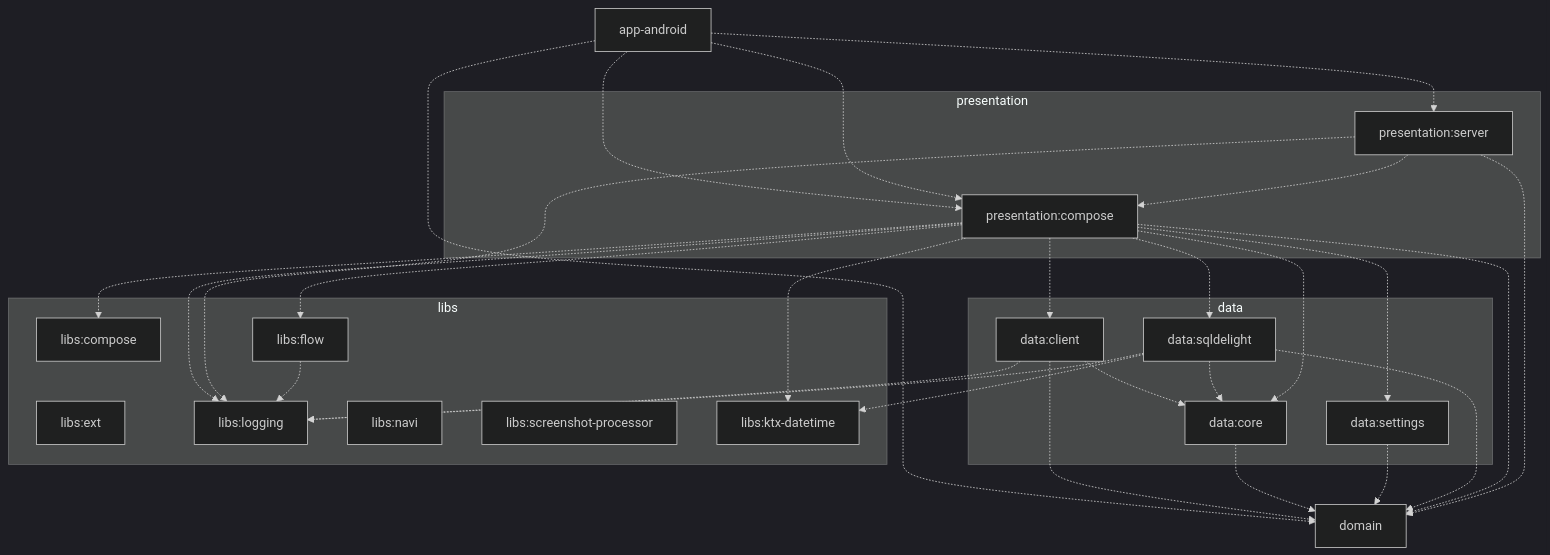
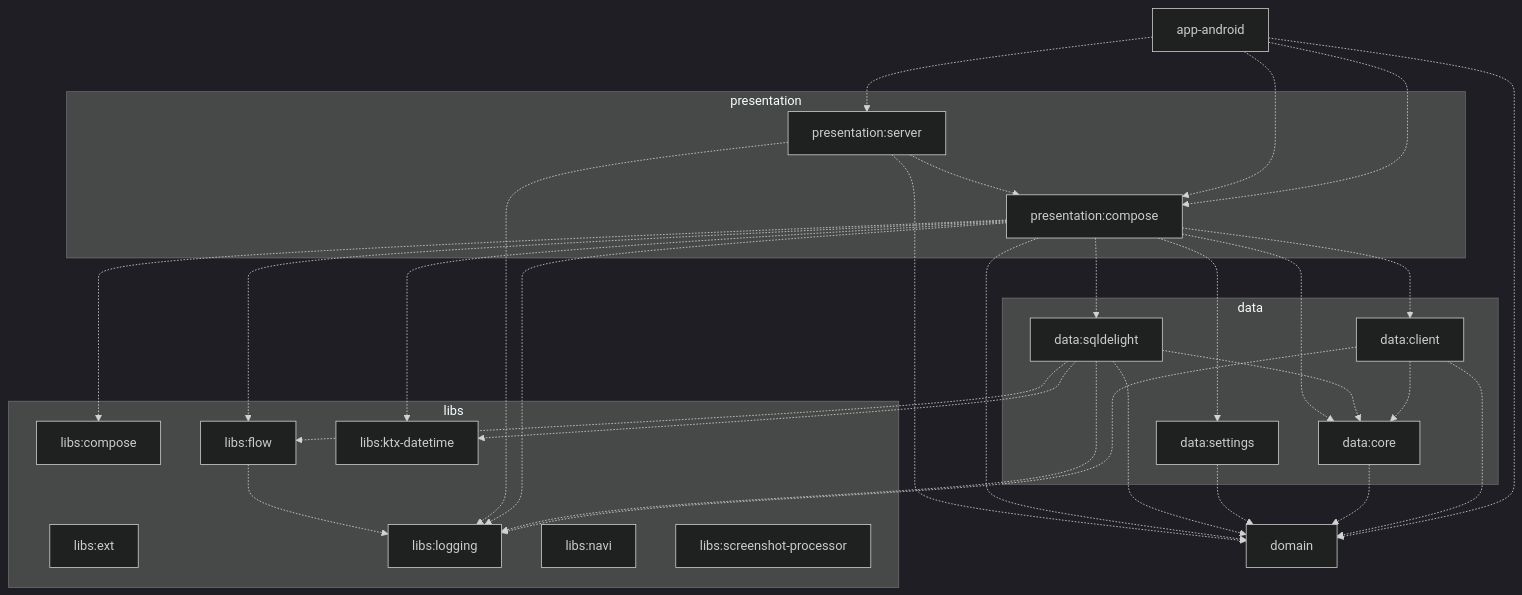
The first of 2 diagrams in README.md (eholtrop/lift-bro), drawn with Mermaid (dark theme) before and after one commit. The commit also changed other lines of this file and 4 other files, not shown here.

Commit message:
fix generate arch diagram

````diff
--- a/README.md
+++ b/README.md
@@ -11,50 +12,50 @@
 ```mermaid
 graph TD
   subgraph data
     data:client
     data:core
     data:settings
     data:sqldelight
   end
   subgraph libs
     libs:ext
     libs:logging
     libs:navi
     libs:screenshot-processor
     libs:compose
     libs:flow
     libs:ktx-datetime
   end
   subgraph presentation
     presentation:compose
     presentation:server
   end
 
  app-android -.-> presentation:compose
  app-android -.-> presentation:server
  app-android -.-> domain
  app-android -.-> presentation:compose
  data:client -.-> domain
  data:client -.-> data:core
  data:client -.-> libs:logging
  data:core -.-> domain
  data:settings -.-> domain
  data:sqldelight -.-> libs:ktx-datetime
+ data:sqldelight -.-> libs:flow
  data:sqldelight -.-> domain
  data:sqldelight -.-> data:core
  data:sqldelight -.-> libs:logging
  presentation:compose -.-> domain
  presentation:compose -.-> data:sqldelight
  presentation:compose -.-> data:client
  presentation:compose -.-> data:core
  presentation:compose -.-> data:settings
  presentation:compose -.-> libs:flow
  presentation:compose -.-> libs:logging
  presentation:compose -.-> libs:ktx-datetime
  presentation:compose -.-> libs:compose
  presentation:server -.-> presentation:compose
  presentation:server -.-> domain
  presentation:server -.-> libs:logging
  libs:flow -.-> libs:logging
-
 ```
````
